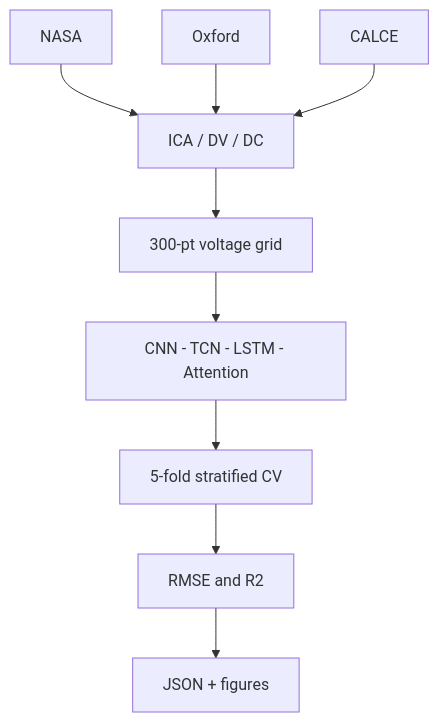
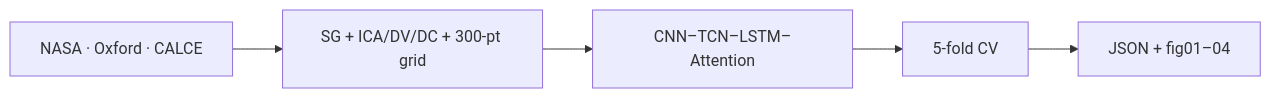
Before and after one commit to VamshiKrishnaBandari07/MSc-CAPSTONE-PROJECT-SOH-RUL-PREDICTION--: the diagram in README.md, drawn with Mermaid. The commit also changed other lines of this file and 5 other files, not shown here.

````diff
--- a/README.md
+++ b/README.md
@@ -35,11 +51,7 @@
 ```mermaid
-flowchart TB
-  D1[NASA] --> F[ICA / DV / DC]
-  D2[Oxford] --> F
-  D3[CALCE] --> F
-  F --> G[300-pt voltage grid]
-  G --> M[CNN - TCN - LSTM - Attention]
-  M --> CV[5-fold stratified CV]
-  CV --> R[RMSE and R2]
-  R --> OUT[JSON + figures]
+flowchart LR
+  A[NASA · Oxford · CALCE] --> B[SG + ICA/DV/DC + 300-pt grid]
+  B --> C[CNN–TCN–LSTM–Attention]
+  C --> D[5-fold CV]
+  D --> E[JSON + fig01–04]
 ```
````
